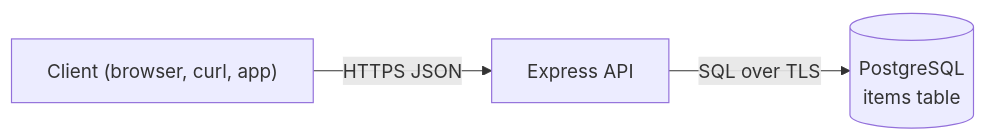
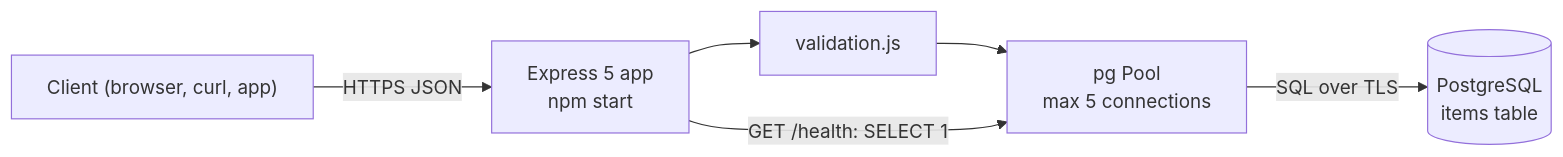
One commit to light-cloud-com/templates changed the diagram in starters/crud-api-express/README.md. Above: the diagram before and after it, drawn with Mermaid. The commit also changed other lines of this file and 2 other files, not shown here.

First line of the commit message:
README: Express PostgreSQL CRUD API starter landing page

````diff
--- a/starters/crud-api-express/README.md
+++ b/starters/crud-api-express/README.md
@@ -9,5 +121,8 @@
 ```mermaid
 flowchart LR
-    client["Client (browser, curl, app)"] -->|HTTPS JSON| api["Express API"]
-    api -->|SQL over TLS| db[("PostgreSQL<br/>items table")]
+    client["Client (browser, curl, app)"] -->|HTTPS JSON| api["Express 5 app<br/>npm start"]
+    api --> validate["validation.js"]
+    validate --> pool["pg Pool<br/>max 5 connections"]
+    pool -->|SQL over TLS| db[("PostgreSQL<br/>items table")]
+    api -->|"GET /health: SELECT 1"| pool
 ```
````
